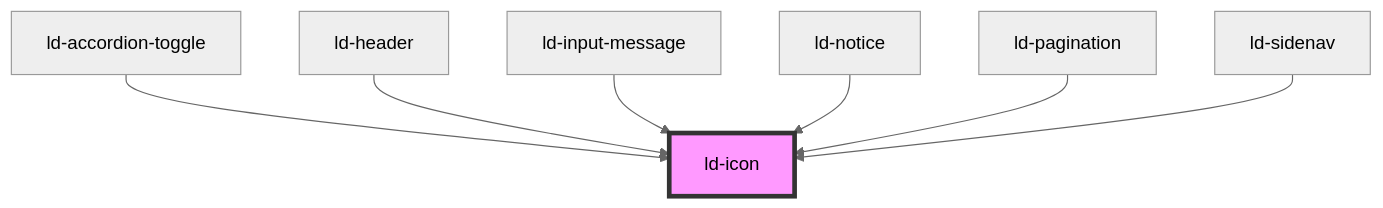
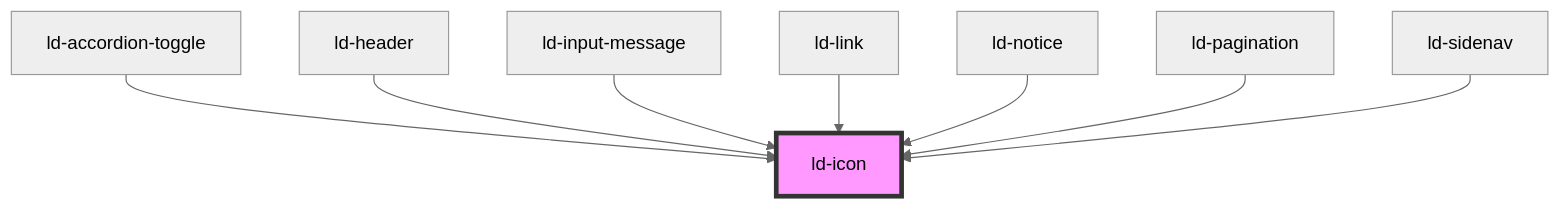
Before and after one commit to emdgroup-liquid/liquid: the diagram in src/liquid/components/ld-icon/readme.md, drawn with Mermaid (neutral theme). The commit also changed other lines of this file and 12 other files, not shown here.

````diff
--- a/src/liquid/components/ld-icon/readme.md
+++ b/src/liquid/components/ld-icon/readme.md
@@ -344,10 +345,11 @@
 ```mermaid
 graph TD;
   ld-accordion-toggle --> ld-icon
   ld-header --> ld-icon
   ld-input-message --> ld-icon
+  ld-link --> ld-icon
   ld-notice --> ld-icon
   ld-pagination --> ld-icon
   ld-sidenav --> ld-icon
   style ld-icon fill:#f9f,stroke:#333,stroke-width:4px
 ```
````
